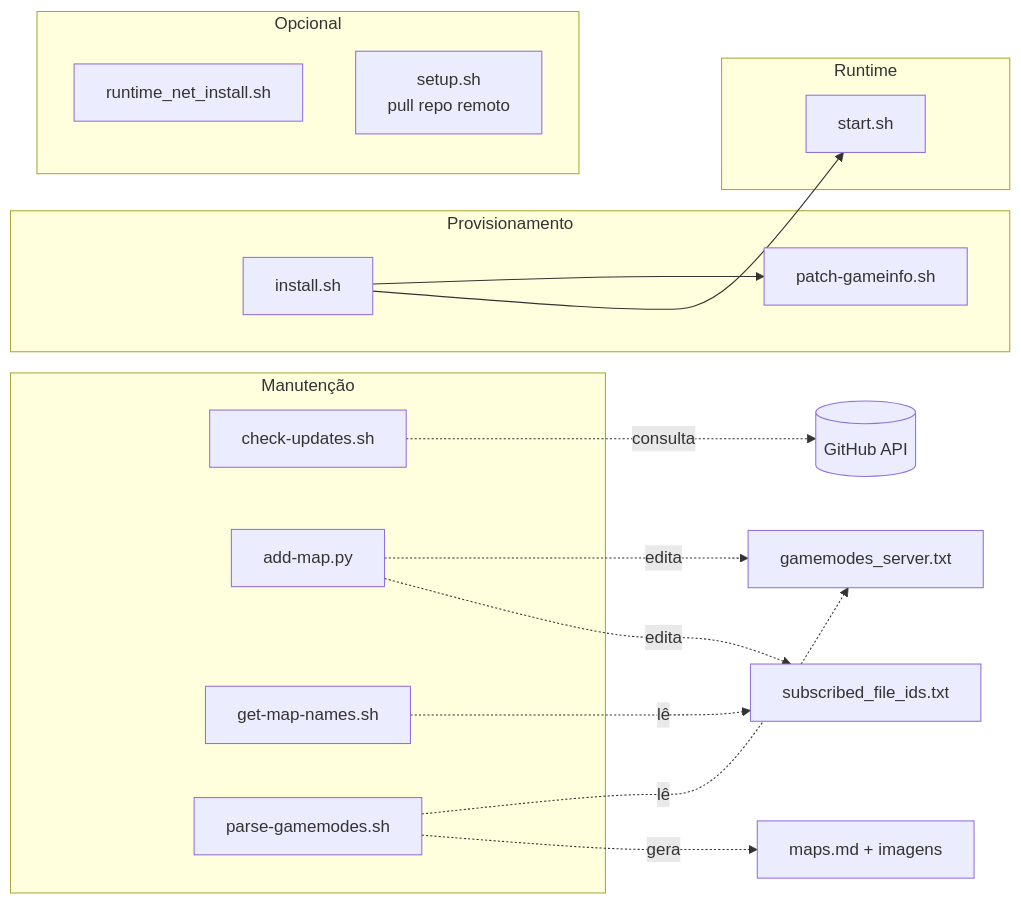
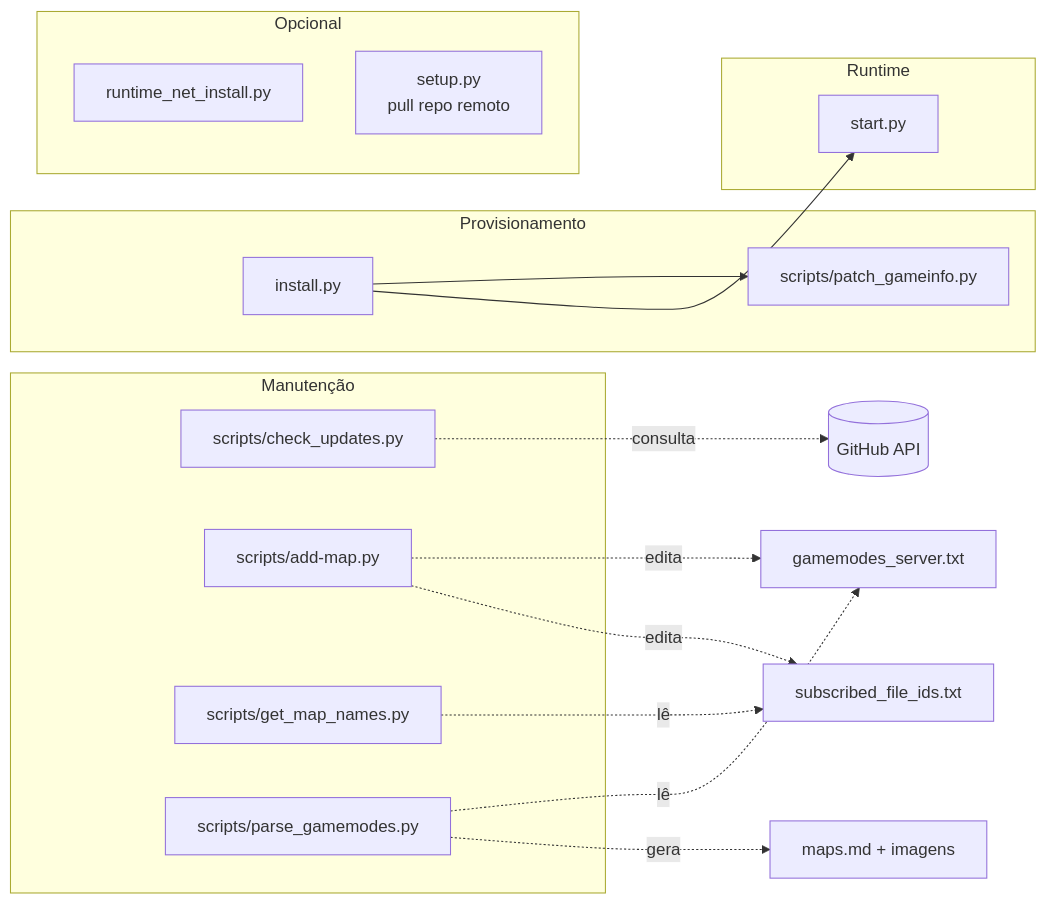
Before and after one commit to vinnedev/cs2-linux-server: the first of 2 diagrams in docs/07-scripts.md, drawn with Mermaid. The commit also changed other lines of this file and 92 other files, not shown here.

First line of the commit message:
Add scripts for server setup, plugin building, and mod management

````diff
--- a/docs/07-scripts.md
+++ b/docs/07-scripts.md
@@ -3,27 +3,27 @@
 ```mermaid
 flowchart LR
     subgraph Provisionamento
-        A[install.sh] --> B[patch-gameinfo.sh]
+        A[install.py] --> B[scripts/patch_gameinfo.py]
     end
     subgraph Runtime
-        C[start.sh]
+        C[start.py]
     end
     subgraph Manutenção
-        D[check-updates.sh]
-        E[add-map.py]
-        F[get-map-names.sh]
-        G[parse-gamemodes.sh]
+        D[scripts/check_updates.py]
+        E[scripts/add-map.py]
+        F[scripts/get_map_names.py]
+        G[scripts/parse_gamemodes.py]
     end
     subgraph Opcional
-        H[runtime_net_install.sh]
-        I[setup.sh<br/>pull repo remoto]
+        H[runtime_net_install.py]
+        I[setup.py<br/>pull repo remoto]
     end
 
     A --> C
     E -.edita.-> gamemodes["gamemodes_server.txt"]
     E -.edita.-> subs["subscribed_file_ids.txt"]
     F -.lê.-> subs
     G -.lê.-> gamemodes
     G -.gera.-> maps[maps.md + imagens]
     D -.consulta.-> github[(GitHub API)]
 ```
````
